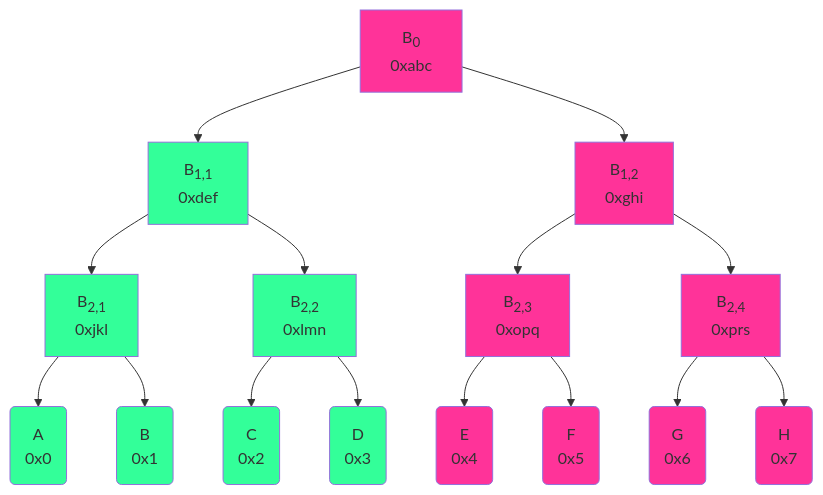
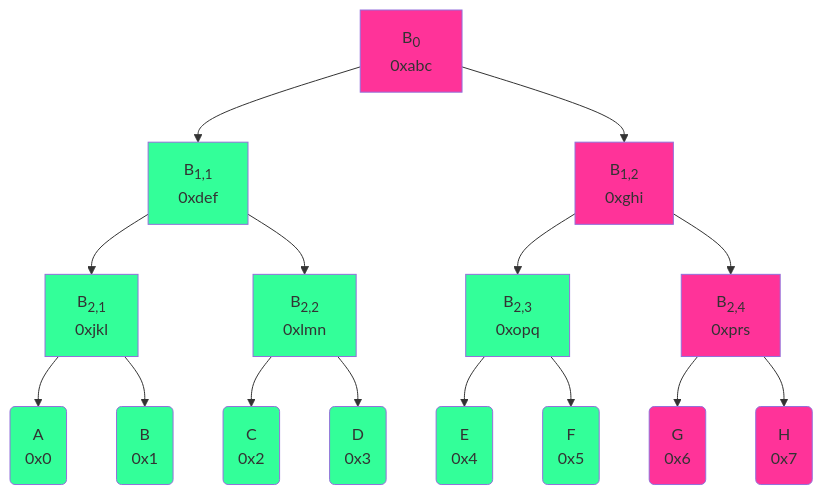
One commit to attestate/kiwistand changed the third of 3 diagrams in docs/source/protocol-guide.rst. Above: the diagram before and after it, drawn with Mermaid. The commit also changed 5 other files, not shown here.

```diff
--- a/docs/source/protocol-guide.rst
+++ b/docs/source/protocol-guide.rst
@@ -226,33 +226,33 @@
 .. mermaid::
 
     graph TD
      B_0[B<sub>0</sub><br>0xabc] --> B_1,1[B<sub>1,1</sub><br>0xdef]
      B_0 -->    B_1,2[B<sub>1,2</sub><br>0xghi]
      B_1,1 -->  B_2,1[B<sub>2,1</sub><br>0xjkl]
      B_1,1 -->  B_2,2[B<sub>2,2</sub><br>0xlmn]
      B_1,2 -->  B_2,3[B<sub>2,3</sub><br>0xopq]
      B_1,2 -->  B_2,4[B<sub>2,4</sub><br>0xprs]
      B_2,1 -->  A("A"<br>0x0)
      B_2,1 -->  B("B"<br>0x1)
      B_2,2 -->  C("C"<br>0x2)
      B_2,2 -->  D("D"<br>0x3)
      B_2,3 -->  E("E"<br>0x4)
      B_2,3 -->  F("F"<br>0x5)
      B_2,4 -->  G("G"<br>0x6)
      B_2,4 -->  H("H"<br>0x7)
 
      style B_0 fill:#FF3399
      style B_1,1 fill:#33FF99
      style B_2,1 fill:#33FF99
      style B_2,2 fill:#33FF99
      style B_1,2 fill:#FF3399
      style A fill:#33FF99
      style B fill:#33FF99
      style C fill:#33FF99
      style D fill:#33FF99
-     style E fill:#FF3399
-     style F fill:#FF3399
-     style B_2,3 fill:#FF3399
+     style E fill:#33FF99
+     style F fill:#33FF99
+     style B_2,3 fill:#33FF99
      style B_2,4 fill:#FF3399
      style G fill:#FF3399
      style H fill:#FF3399
```
